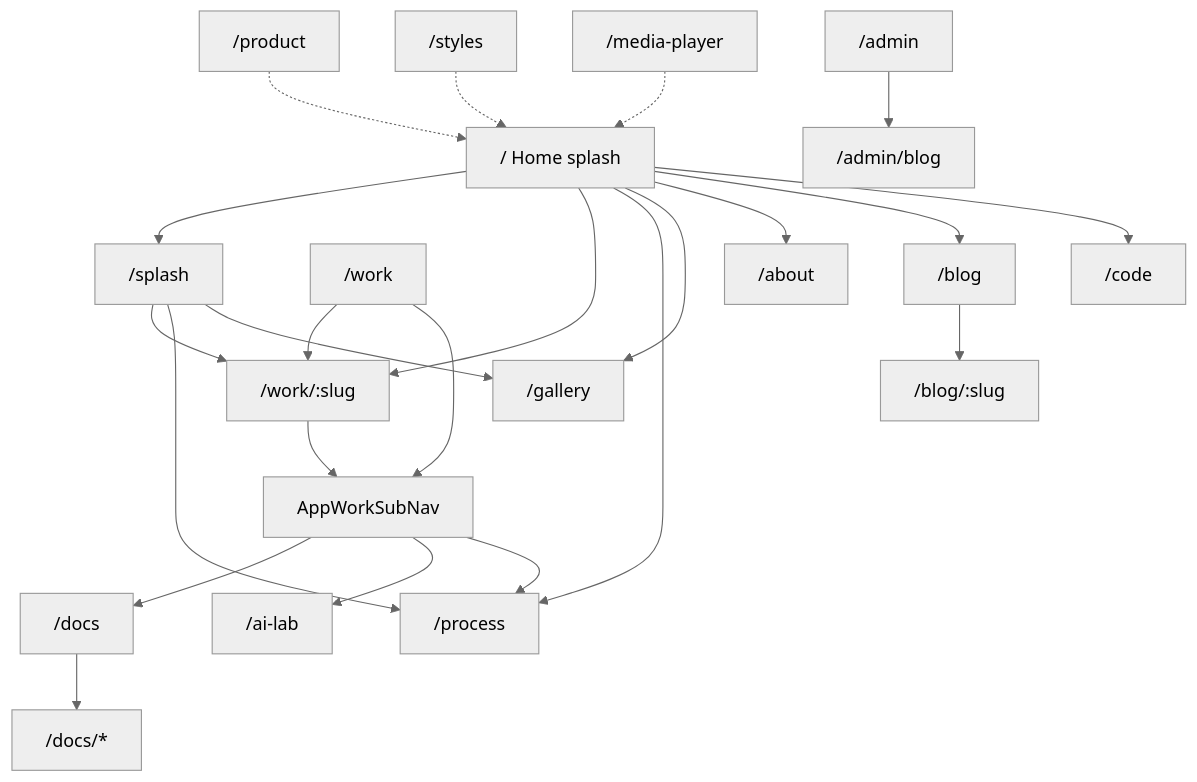
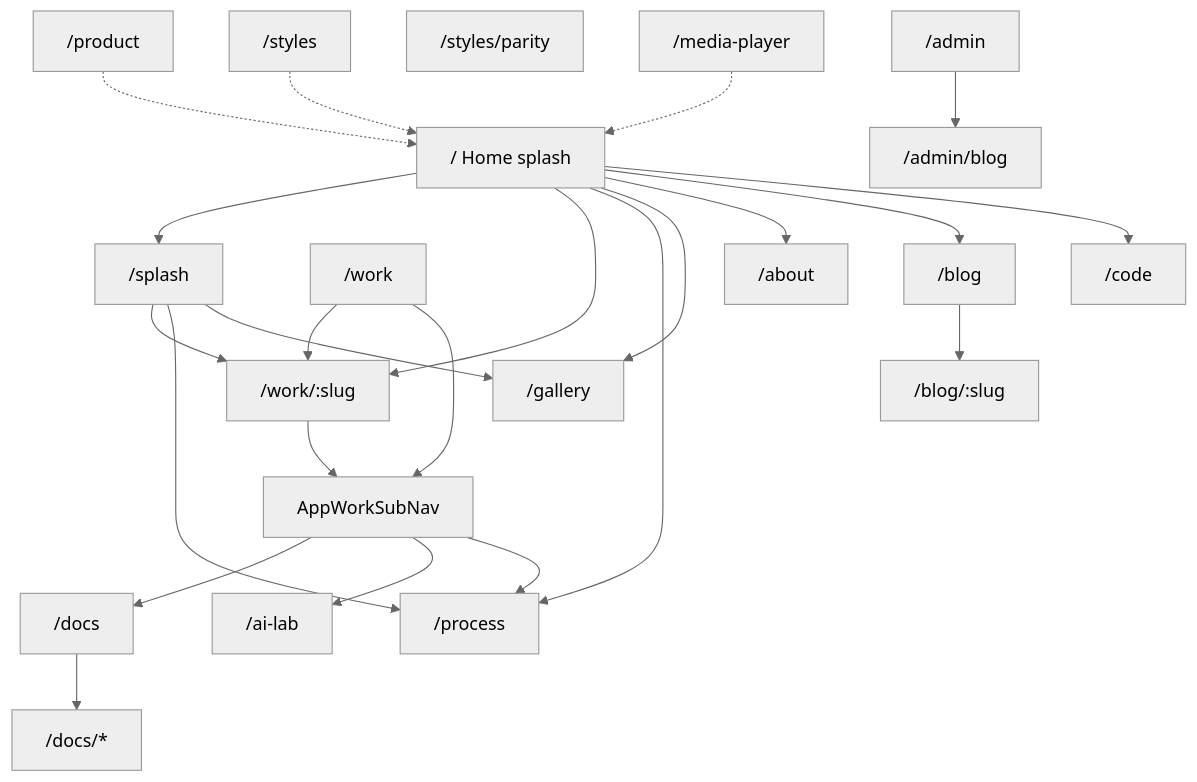
Before and after one commit to likwidmack/portfolio: the diagram in docs/web/reference/site-wireframes.md, drawn with Mermaid (neutral theme). The commit also changed other lines of this file and 412 other files, not shown here.

````diff
--- a/docs/web/reference/site-wireframes.md
+++ b/docs/web/reference/site-wireframes.md
@@ -7,45 +7,46 @@
 ```mermaid
 flowchart TB
   Home["/ Home splash"]
   Splash["/splash"]
   Work["/work"]
   WorkSlug["/work/:slug"]
   WorkSub["AppWorkSubNav"]
   Gallery["/gallery"]
   Docs["/docs"]
   DocsSlug["/docs/*"]
   AiLab["/ai-lab"]
   Process["/process"]
   About["/about"]
   Blog["/blog"]
   BlogSlug["/blog/:slug"]
   Code["/code"]
   Product["/product"]
   Styles["/styles"]
+  Parity["/styles/parity"]
   Media["/media-player"]
   Admin["/admin"]
   AdminBlog["/admin/blog"]
 
   Home --> Splash
   Home --> WorkSlug
   Home --> Process
   Home --> Gallery
   Splash --> WorkSlug
   Splash --> Process
   Splash --> Gallery
   Home --> About
   Home --> Blog
   Home --> Code
   Work --> WorkSlug
   Work --> WorkSub
   WorkSlug --> WorkSub
   WorkSub --> Docs
   WorkSub --> AiLab
   WorkSub --> Process
   Docs --> DocsSlug
   Blog --> BlogSlug
   Admin --> AdminBlog
   Product -.-> Home
   Styles -.-> Home
   Media -.-> Home
 ```
````
